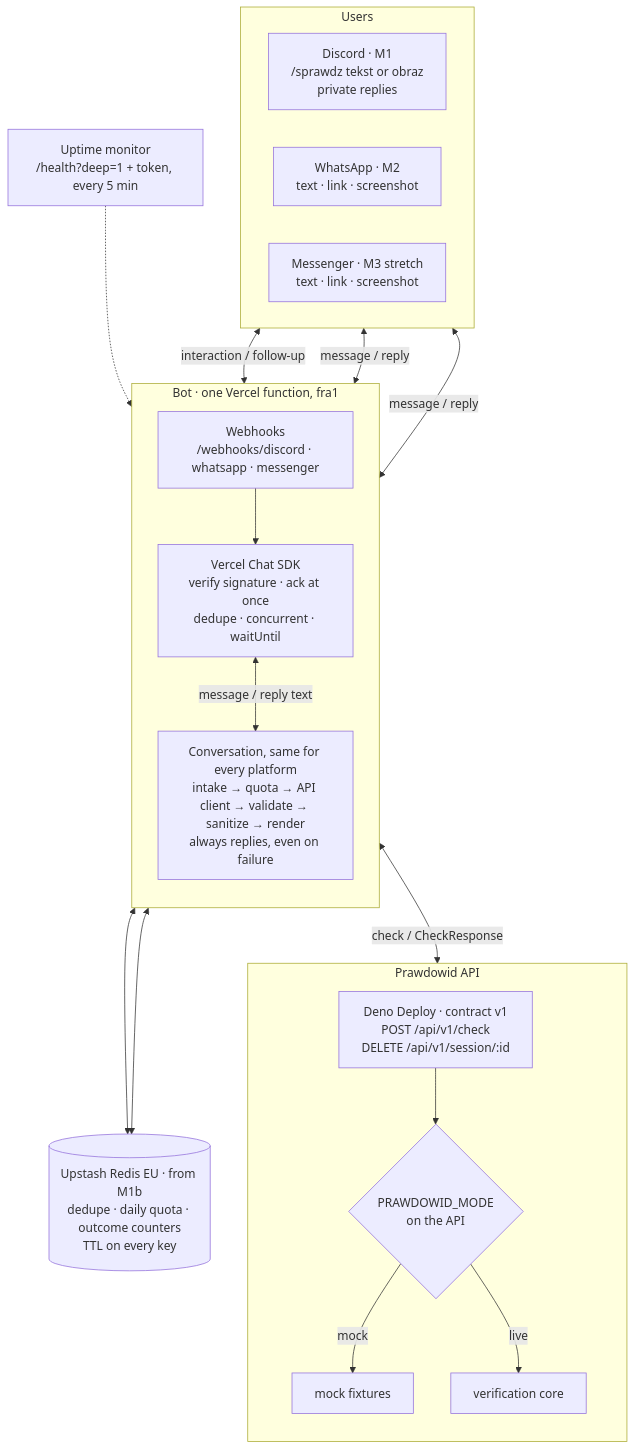
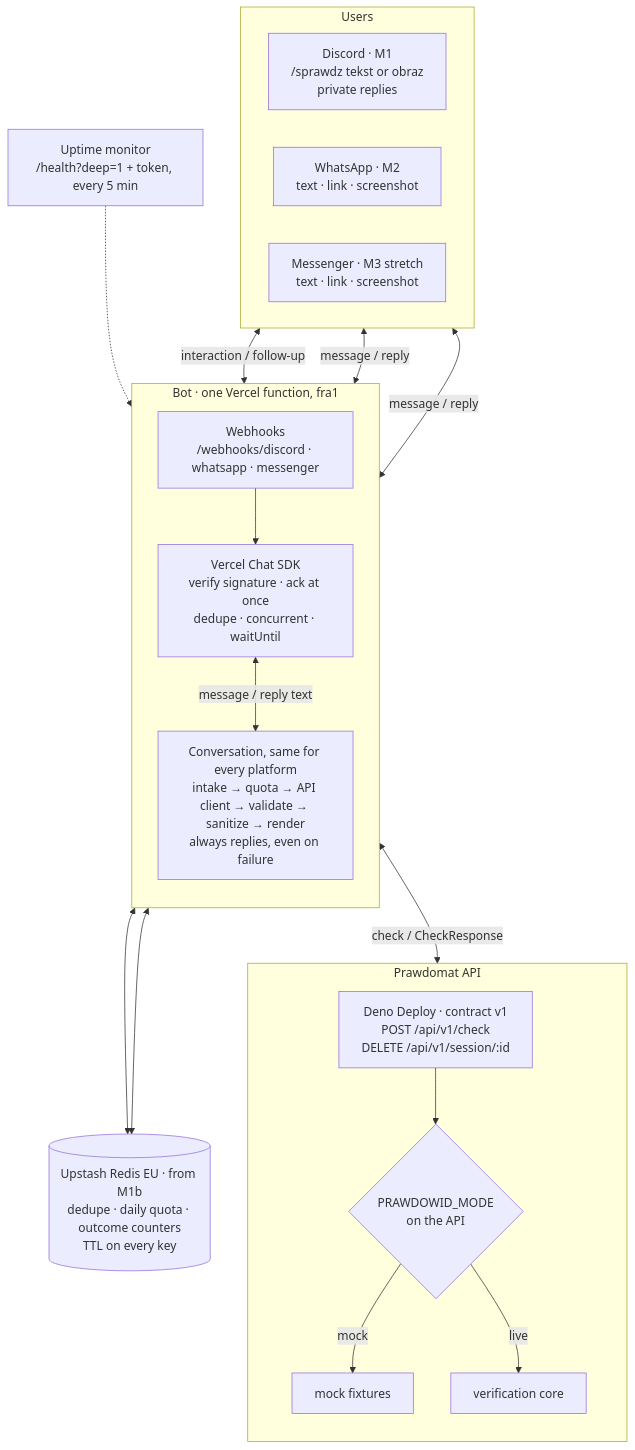
The diagram in .agents/project-info/architecture/messaging-bot.md (MuchaSsak/prawowid), drawn with Mermaid before and after one commit. The commit also changed other lines of this file and 32 other files, not shown here.

````diff
--- a/.agents/project-info/architecture/messaging-bot.md
+++ b/.agents/project-info/architecture/messaging-bot.md
@@ -5,40 +5,40 @@
 ```mermaid
 flowchart TB
   subgraph U["Users"]
     direction LR
     DC["Discord · M1<br/>/sprawdz tekst or obraz<br/>private replies"]
     WA["WhatsApp · M2<br/>text · link · screenshot"]
     MS["Messenger · M3 stretch<br/>text · link · screenshot"]
   end
 
   subgraph V["Bot · one Vercel function, fra1"]
     direction TB
     WH["Webhooks<br/>/webhooks/discord · whatsapp · messenger"]
     SDK["Vercel Chat SDK<br/>verify signature · ack at once<br/>dedupe · concurrent · waitUntil"]
     CONV["Conversation, same for every platform<br/>intake → quota → API client → validate → sanitize → render<br/>always replies, even on failure"]
   end
 
   R[("Upstash Redis EU · from M1b<br/>dedupe · daily quota · outcome counters<br/>TTL on every key")]
   MON["Uptime monitor<br/>/health?deep=1 + token, every 5 min"]
 
-  subgraph API["Prawdowid API"]
+  subgraph API["Prawdomat API"]
     direction TB
     CHK["Deno Deploy · contract v1<br/>POST /api/v1/check<br/>DELETE /api/v1/session/:id"]
     MODE{"PRAWDOWID_MODE<br/>on the API"}
     MOCK["mock fixtures"]
     CORE["verification core"]
   end
 
   DC <-- "interaction / follow-up" --> WH
   WA <-- "message / reply" --> WH
   MS <-- "message / reply" --> WH
   WH --> SDK
   SDK <--> R
   SDK <-- "message / reply text" --> CONV
   CONV <--> R
   CONV <-- "check / CheckResponse" --> CHK
   MON -.-> WH
   CHK --> MODE
   MODE -- "mock" --> MOCK
   MODE -- "live" --> CORE
 ```
````
